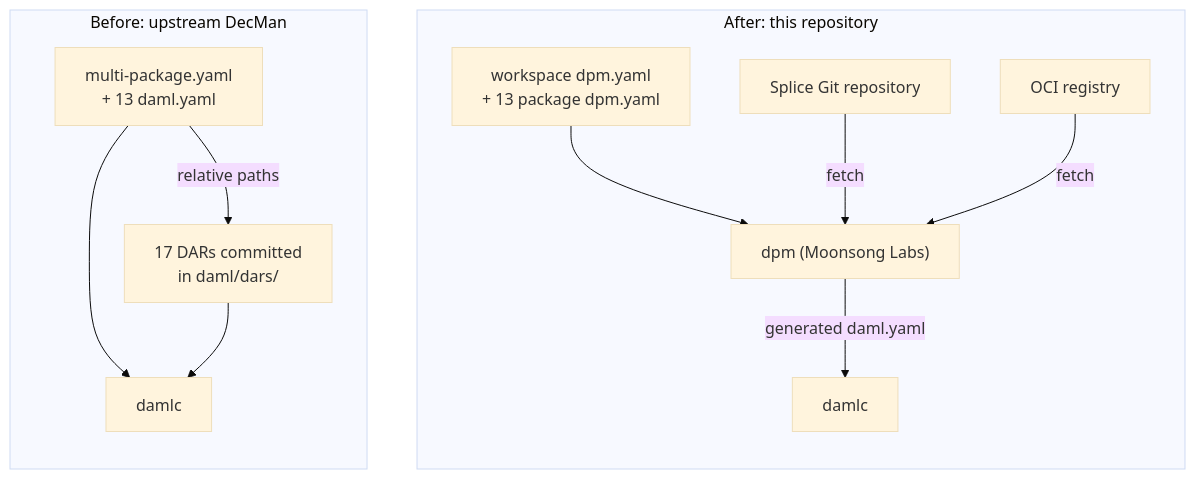
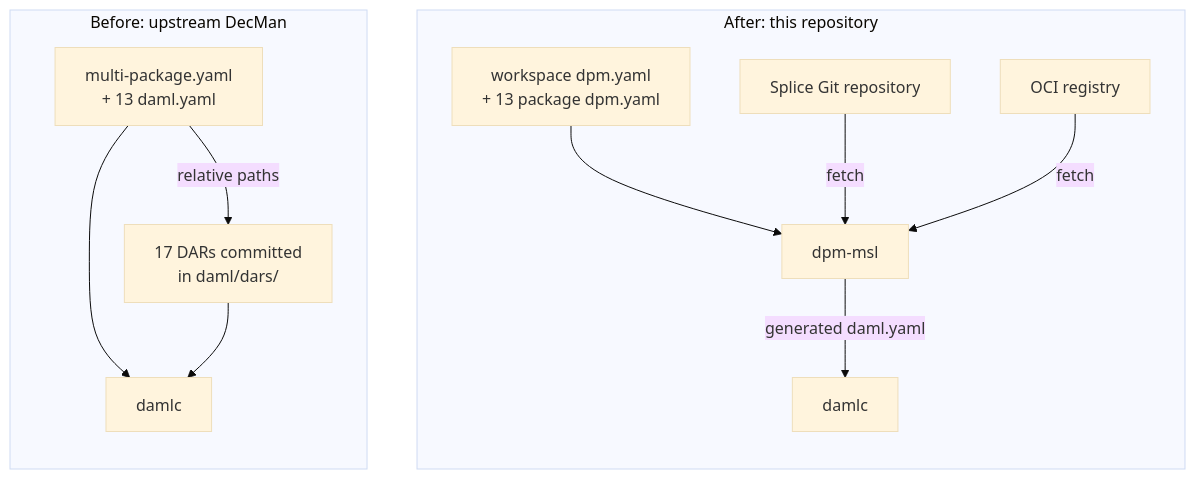
Before and after one commit to Moonsong-Labs/decman: the diagram in DPM_CASE_STUDY.md, drawn with Mermaid (base theme). The commit also changed other lines of this file, not shown here.

Commit message:
docs: restructure case study into DecMan results then dpm-msl deep dive

````diff
--- a/DPM_CASE_STUDY.md
+++ b/DPM_CASE_STUDY.md
@@ -43,17 +43,17 @@
 ```mermaid
 flowchart LR
   subgraph before["Before: upstream DecMan"]
     direction TB
     m1["multi-package.yaml<br/>+ 13 daml.yaml"] -->|relative paths| v["17 DARs committed<br/>in daml/dars/"]
     m1 --> c1["damlc"]
     v --> c1
   end
   subgraph after["After: this repository"]
     direction TB
-    m2["workspace dpm.yaml<br/>+ 13 package dpm.yaml"] --> d["dpm (Moonsong Labs)"]
+    m2["workspace dpm.yaml<br/>+ 13 package dpm.yaml"] --> d["dpm-msl"]
     g["Splice Git repository"] -->|fetch| d
     o["OCI registry"] -->|fetch| d
     d -->|generated daml.yaml| c2["damlc"]
   end
   before ~~~ after
 ```
````
